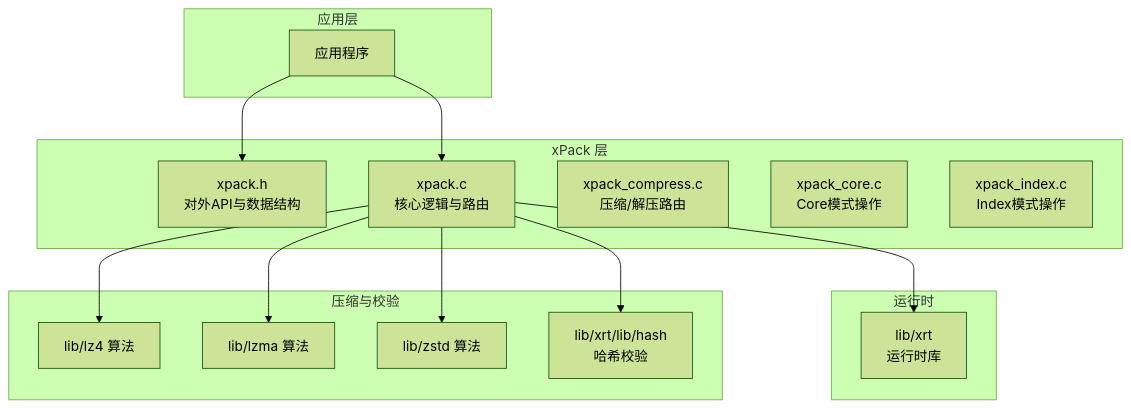
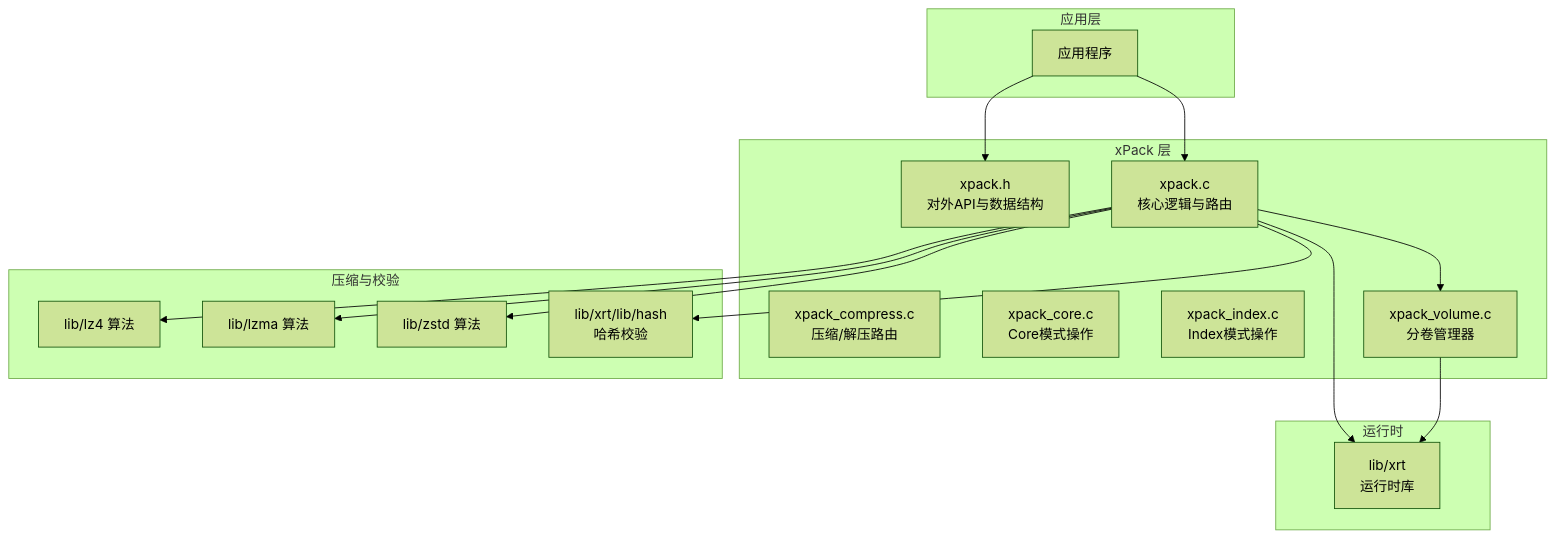
One commit to xywhsoft/xpack changed the first of 5 diagrams in .qoder/repowiki/zh/content/高级功能特性/高级功能特性.md. Above: the diagram before and after it, drawn with Mermaid (forest theme). The commit also changed other lines of this file and 42 other files, not shown here.

````diff
--- a/.qoder/repowiki/zh/content/高级功能特性/高级功能特性.md
+++ b/.qoder/repowiki/zh/content/高级功能特性/高级功能特性.md
@@ -43,29 +58,32 @@
 ```mermaid
 graph TB
 subgraph "应用层"
 APP["应用程序"]
 end
 subgraph "xPack 层"
 XP_H["xpack.h<br/>对外API与数据结构"]
 XP_C["xpack.c<br/>核心逻辑与路由"]
 XP_CI["xpack_compress.c<br/>压缩/解压路由"]
 XP_CORE["xpack_core.c<br/>Core模式操作"]
 XP_IDX["xpack_index.c<br/>Index模式操作"]
+XP_VOL["xpack_volume.c<br/>分卷管理器"]
 end
 subgraph "运行时"
 XRT["lib/xrt<br/>运行时库"]
 end
 subgraph "压缩与校验"
 LZ4["lib/lz4 算法"]
 LZMA["lib/lzma 算法"]
 ZSTD["lib/zstd 算法"]
 HASH["lib/xrt/lib/hash<br/>哈希校验"]
 end
 APP --> XP_H
 APP --> XP_C
 XP_C --> XRT
 XP_C --> HASH
 XP_C --> LZ4
 XP_C --> LZMA
 XP_C --> ZSTD
+XP_C --> XP_VOL
+XP_VOL --> XRT
 ```
````
